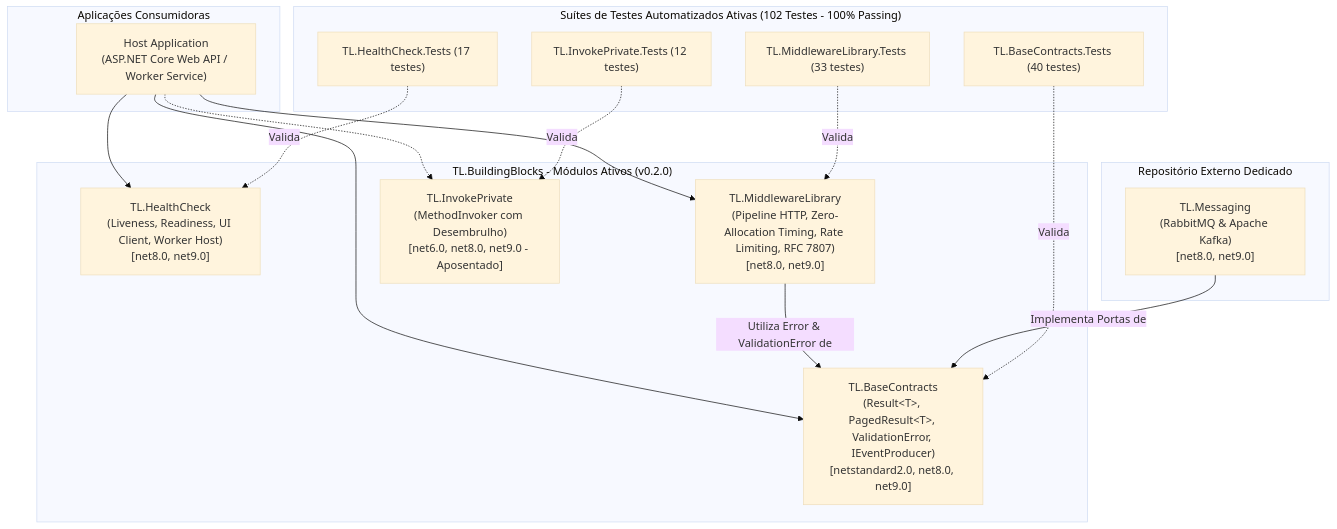
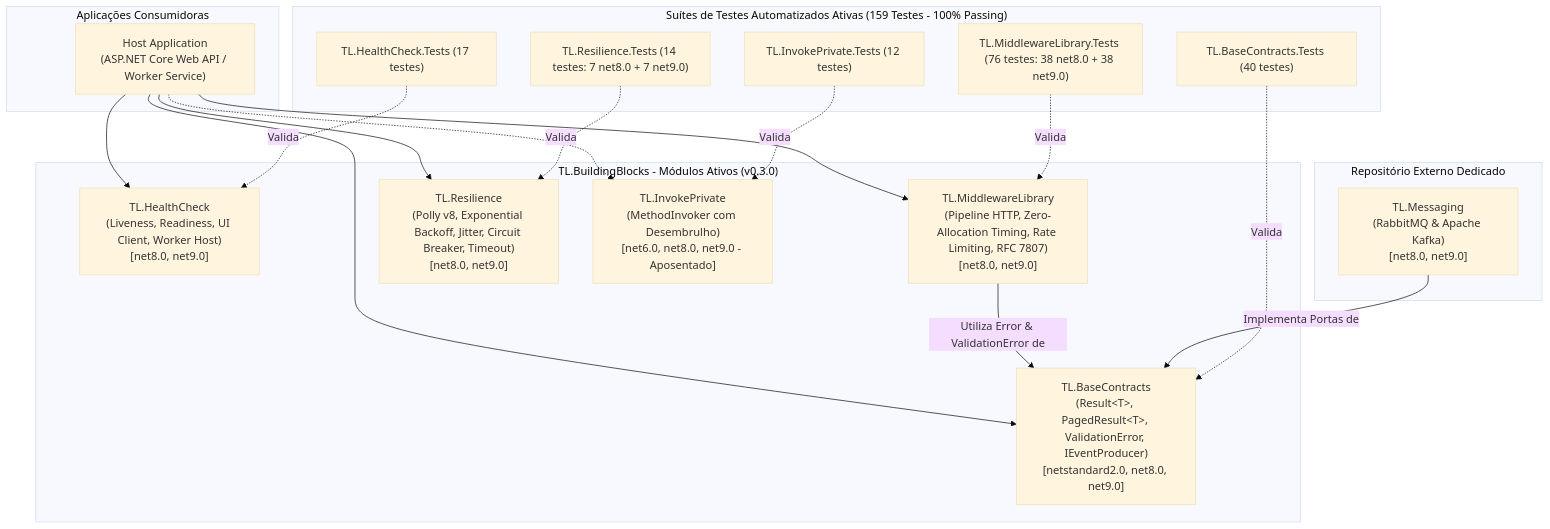
Before and after one commit to thaylonlopes/BuildingBlocks: the second of 2 diagrams in docs/arquitetura/visao-geral.md, drawn with Mermaid (base theme). The commit also changed other lines of this file and 4 other files, not shown here.

Commit message:
docs(architecture): atualizando documentacao

````diff
--- a/docs/arquitetura/visao-geral.md
+++ b/docs/arquitetura/visao-geral.md
@@ -38,36 +39,40 @@
 ```mermaid
 graph TD
     subgraph "Aplicações Consumidoras"
         AppHost["Host Application<br/>(ASP.NET Core Web API / Worker Service)"]
     end
 
-    subgraph "TL.BuildingBlocks - Módulos Ativos (v0.2.0)"
+    subgraph "TL.BuildingBlocks - Módulos Ativos (v0.3.0)"
         RR["TL.BaseContracts<br/>(Result&lt;T&gt;, PagedResult&lt;T&gt;, ValidationError, IEventProducer)<br/>[netstandard2.0, net8.0, net9.0]"]
         HC["TL.HealthCheck<br/>(Liveness, Readiness, UI Client, Worker Host)<br/>[net8.0, net9.0]"]
         ML["TL.MiddlewareLibrary<br/>(Pipeline HTTP, Zero-Allocation Timing, Rate Limiting, RFC 7807)<br/>[net8.0, net9.0]"]
+        RES["TL.Resilience<br/>(Polly v8, Exponential Backoff, Jitter, Circuit Breaker, Timeout)<br/>[net8.0, net9.0]"]
         IP["TL.InvokePrivate<br/>(MethodInvoker com Desembrulho)<br/>[net6.0, net8.0, net9.0 - Aposentado]"]
     end
 
     subgraph "Repositório Externo Dedicado"
         MSG["TL.Messaging<br/>(RabbitMQ &amp; Apache Kafka)<br/>[net8.0, net9.0]"]
     end
 
-    subgraph "Suítes de Testes Automatizados Ativas (102 Testes - 100% Passing)"
+    subgraph "Suítes de Testes Automatizados Ativas (159 Testes - 100% Passing)"
         RRTests["TL.BaseContracts.Tests (40 testes)"]
         HCTests["TL.HealthCheck.Tests (17 testes)"]
-        MLTests["TL.MiddlewareLibrary.Tests (33 testes)"]
+        MLTests["TL.MiddlewareLibrary.Tests (76 testes: 38 net8.0 + 38 net9.0)"]
+        RESTests["TL.Resilience.Tests (14 testes: 7 net8.0 + 7 net9.0)"]
         IPTests["TL.InvokePrivate.Tests (12 testes)"]
     end
 
     AppHost --> RR
     AppHost --> HC
     AppHost --> ML
+    AppHost --> RES
     AppHost -.-> IP
     ML -->|"Utiliza Error &amp; ValidationError de"| RR
     MSG -->|"Implementa Portas de"| RR
 
     RRTests -.->|"Valida"| RR
     HCTests -.->|"Valida"| HC
     MLTests -.->|"Valida"| ML
+    RESTests -.->|"Valida"| RES
     IPTests -.->|"Valida"| IP
 ```
````
